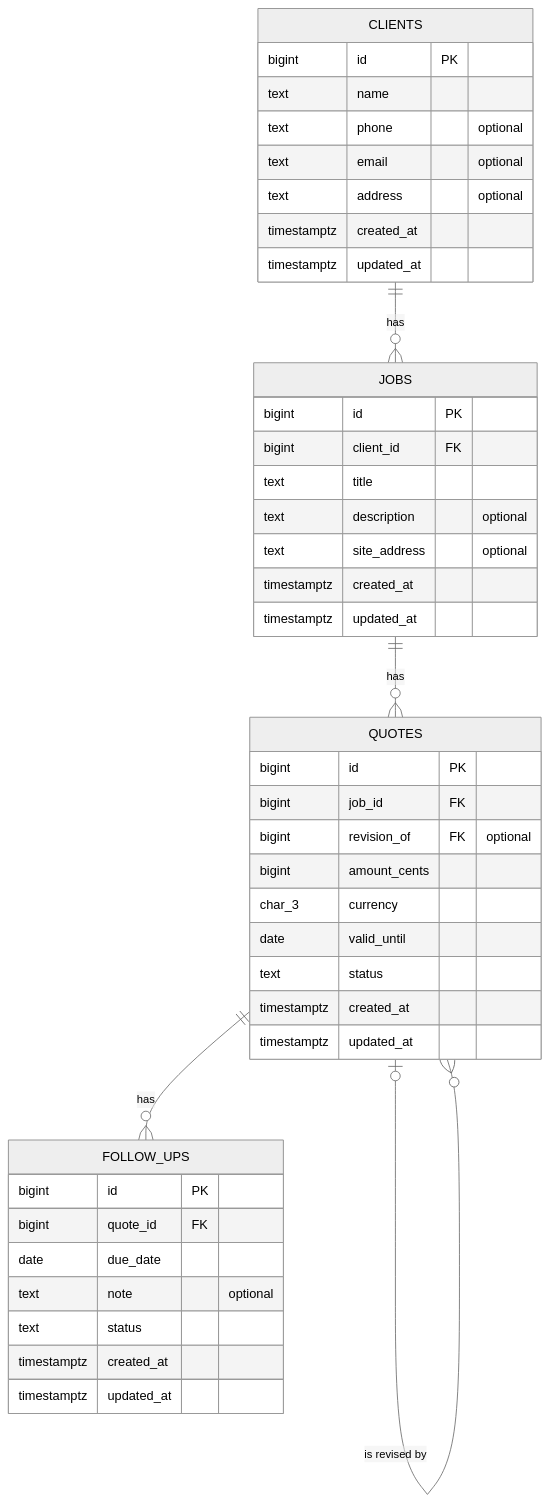
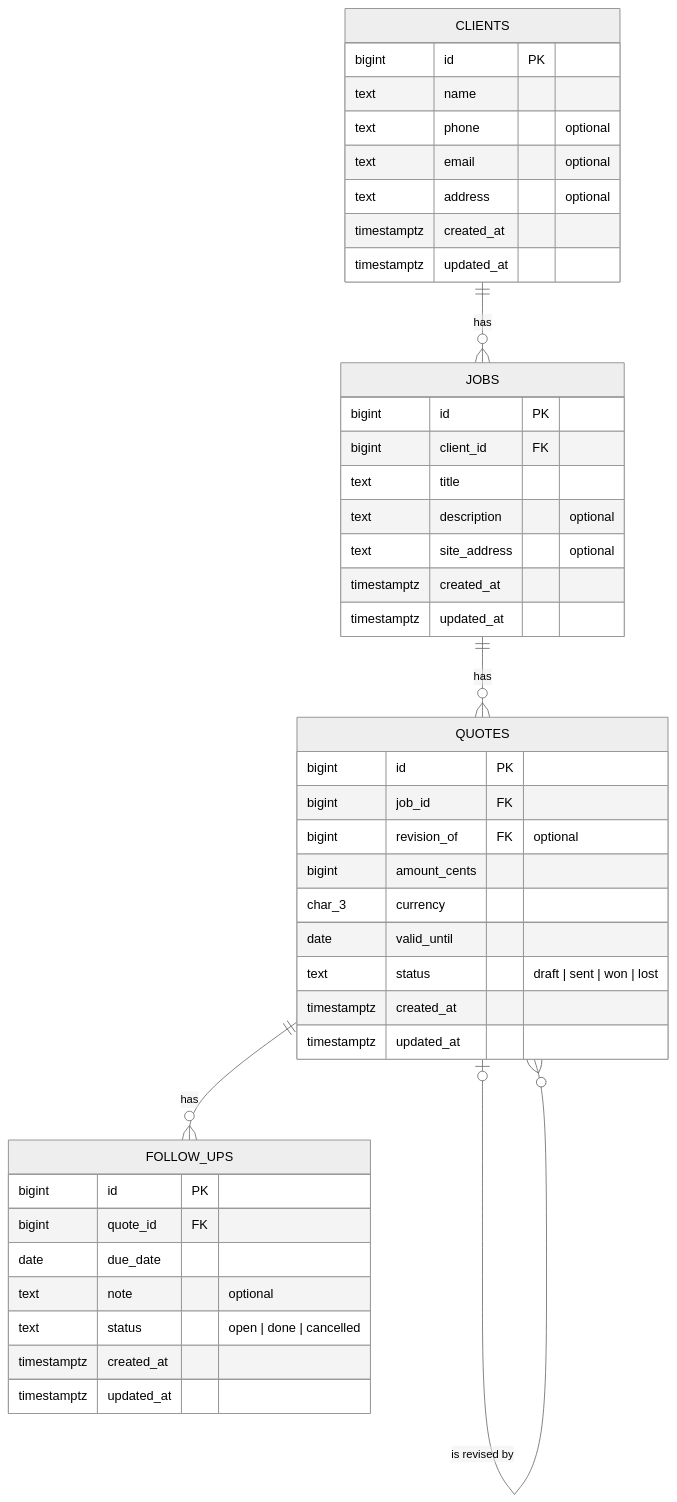
The second of 2 diagrams in docs/design.md (Massoumeh-Mahaei/quoteloop), drawn with Mermaid (neutral theme) before and after one commit. The commit also changed other lines of this file, not shown here.

Commit message:
docs: add ER diagram and refine rules

````diff
--- a/docs/design.md
+++ b/docs/design.md
@@ -31,49 +21,49 @@
 ```mermaid
 erDiagram
     CLIENTS ||--o{ JOBS : has
     JOBS ||--o{ QUOTES : has
     QUOTES ||--o{ FOLLOW_UPS : has
     QUOTES o|--o{ QUOTES : "is revised by"
 
     CLIENTS {
         bigint id PK
         text name
         text phone "optional"
         text email "optional"
         text address "optional"
         timestamptz created_at
         timestamptz updated_at
     }
 
     JOBS {
         bigint id PK
         bigint client_id FK
         text title
         text description "optional"
         text site_address "optional"
         timestamptz created_at
         timestamptz updated_at
     }
 
     QUOTES {
         bigint id PK
         bigint job_id FK
         bigint revision_of FK "optional"
         bigint amount_cents
         char_3 currency
         date valid_until
-        text status
+        text status "draft | sent | won | lost"
         timestamptz created_at
         timestamptz updated_at
     }
 
     FOLLOW_UPS {
         bigint id PK
         bigint quote_id FK
         date due_date
         text note "optional"
-        text status
+        text status "open | done | cancelled"
         timestamptz created_at
         timestamptz updated_at
     }
 ```
````
